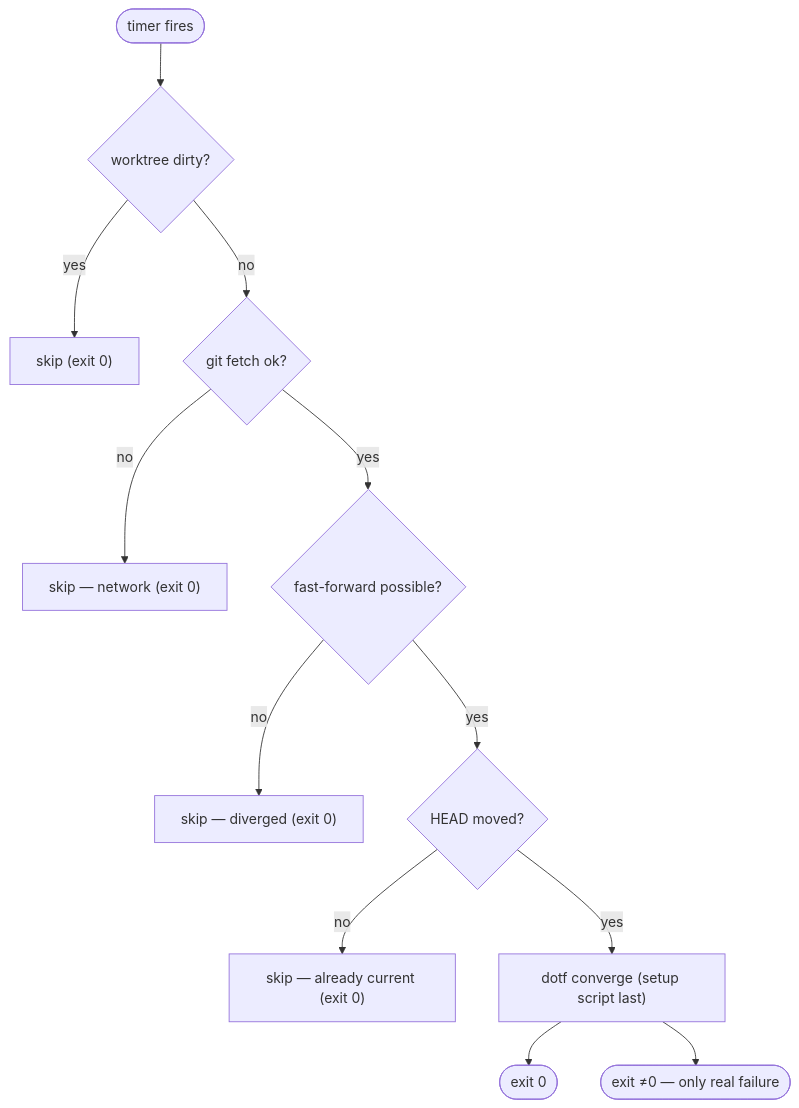
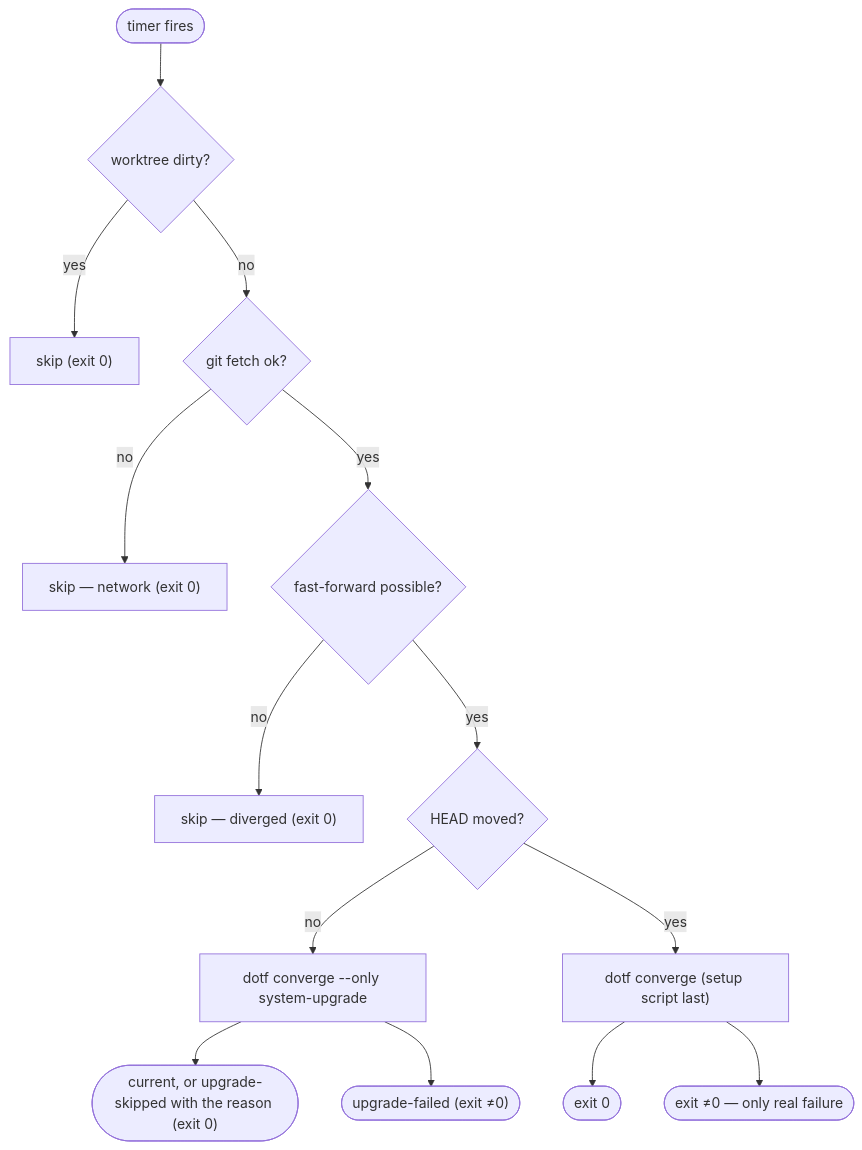
One commit to mlorentedev/dotfiles changed the diagram in docs/runbooks/guide-self-deploy-timer.md. Above: the diagram before and after it, drawn with Mermaid. The commit also changed other lines of this file and 13 other files, not shown here.

First line of the commit message:
feat(update): run the system-upgrade step on a day the checkout did not move (#3312)

````diff
--- a/docs/runbooks/guide-self-deploy-timer.md
+++ b/docs/runbooks/guide-self-deploy-timer.md
@@ -27,13 +33,14 @@
 ```mermaid
 flowchart TB
     T([timer fires]) --> D{worktree dirty?}
     D -- yes --> S1["skip (exit 0)"]
     D -- no --> F{git fetch ok?}
     F -- no --> S2["skip — network (exit 0)"]
     F -- yes --> FF{fast-forward possible?}
     FF -- no --> S3["skip — diverged (exit 0)"]
     FF -- yes --> M{HEAD moved?}
-    M -- no --> S4["skip — already current (exit 0)"]
+    M -- no --> UP["dotf converge --only system-upgrade"]
+    UP --> OK2(["current, or upgrade-skipped with the reason (exit 0)"]) & UF(["upgrade-failed (exit ≠0)"])
     M -- yes --> SETUP["dotf converge (setup script last)"]
     SETUP --> OK([exit 0]) & ERR(["exit ≠0 — only real failure"])
 ```
````
